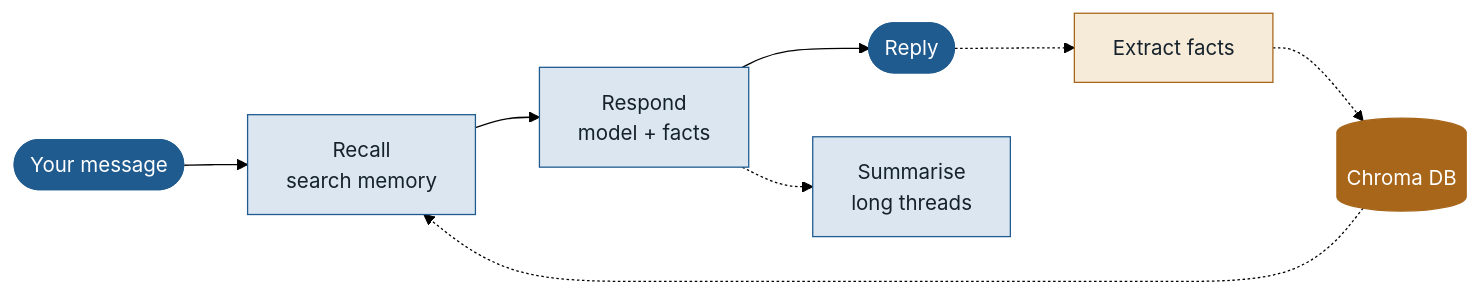
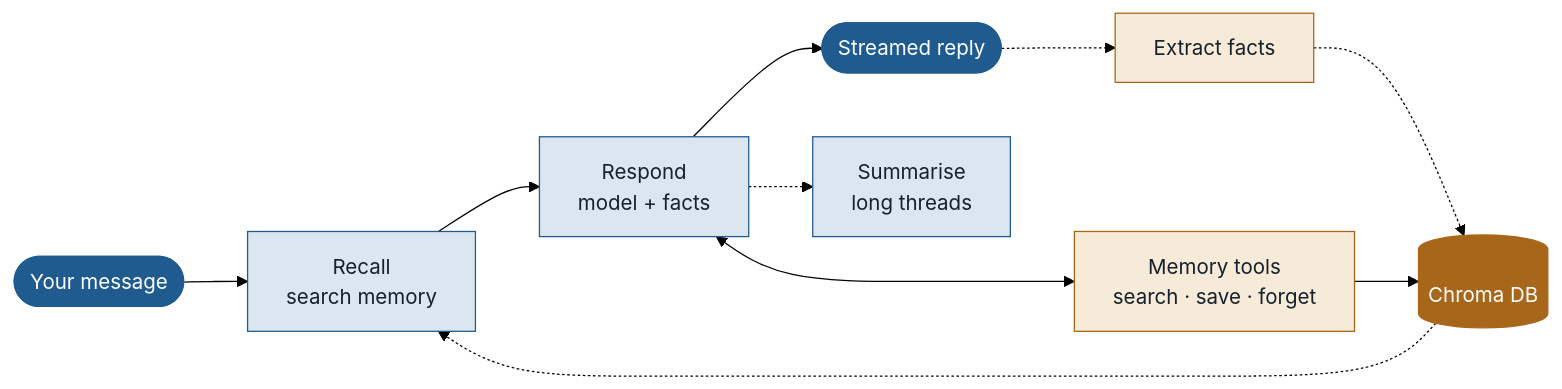
One commit to manjuv03/Personalized-AI-Assistant-with-Contextual-Recall changed the first of 2 diagrams in README.md. Above: the diagram before and after it, drawn with Mermaid (forest theme). The commit also changed other lines of this file and 5 other files, not shown here.

````diff
--- a/README.md
+++ b/README.md
@@ -44,11 +47,13 @@
 ```mermaid
 flowchart LR
-    M([Your message]):::io --> R[Recall<br/>search memory]:::step --> A[Respond<br/>model + facts]:::step --> O([Reply]):::io
+    M([Your message]):::io --> R[Recall<br/>search memory]:::step --> A[Respond<br/>model + facts]:::step --> O([Streamed reply]):::io
+    A <--> T[Memory tools<br/>search · save · forget]:::bg
     A -.-> S[Summarise<br/>long threads]:::step
     O -.-> X[Extract facts]:::bg -.-> C[(Chroma DB)]:::store -.-> R
+    T --> C
 
     classDef io fill:#1f5b8f,stroke:#1f5b8f,color:#ffffff
     classDef step fill:#dbe6f0,stroke:#1f5b8f,color:#15212b
     classDef bg fill:#f6ead9,stroke:#a8661a,color:#15212b
     classDef store fill:#a8661a,stroke:#a8661a,color:#ffffff
 ```
````
